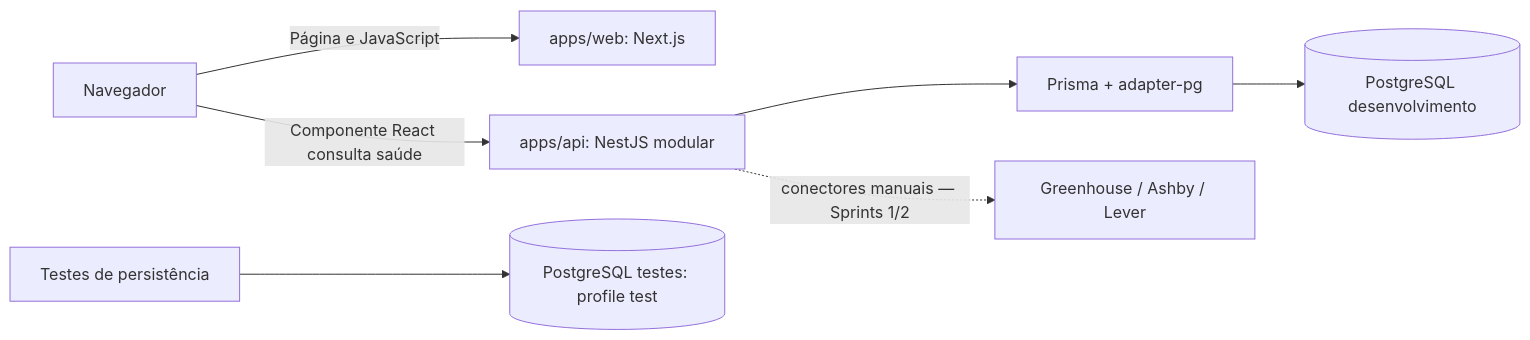
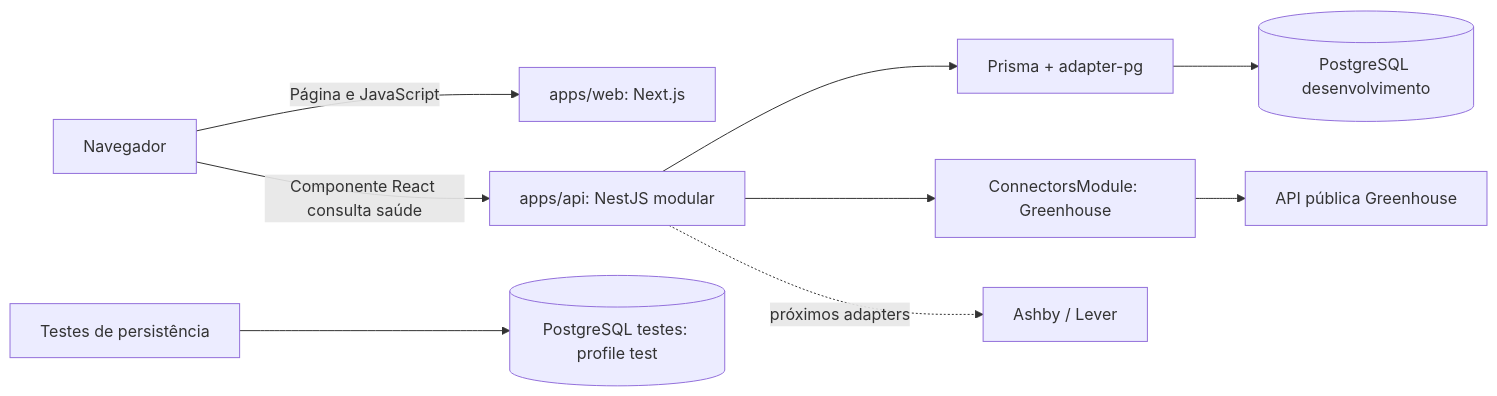
The diagram in docs/architecture.md (felipe-rodriguesz/InternRadar), drawn with Mermaid before and after one commit. The commit also changed other lines of this file and 10 other files, not shown here.

````diff
--- a/docs/architecture.md
+++ b/docs/architecture.md
@@ -5,9 +5,11 @@
 ```mermaid
 flowchart LR
   Browser[Navegador] -->|Página e JavaScript| Web[apps/web: Next.js]
   Browser -->|Componente React consulta saúde| API[apps/api: NestJS modular]
   API --> Prisma[Prisma + adapter-pg]
   Prisma --> DB[(PostgreSQL desenvolvimento)]
-  API -. conectores manuais — Sprints 1/2 .-> Sources[Greenhouse / Ashby / Lever]
+  API --> Connectors[ConnectorsModule: Greenhouse]
+  Connectors --> Sources[API pública Greenhouse]
+  API -. próximos adapters .-> Future[Ashby / Lever]
   Tests[Testes de persistência] --> TestDB[(PostgreSQL testes: profile test)]
 ```
````
